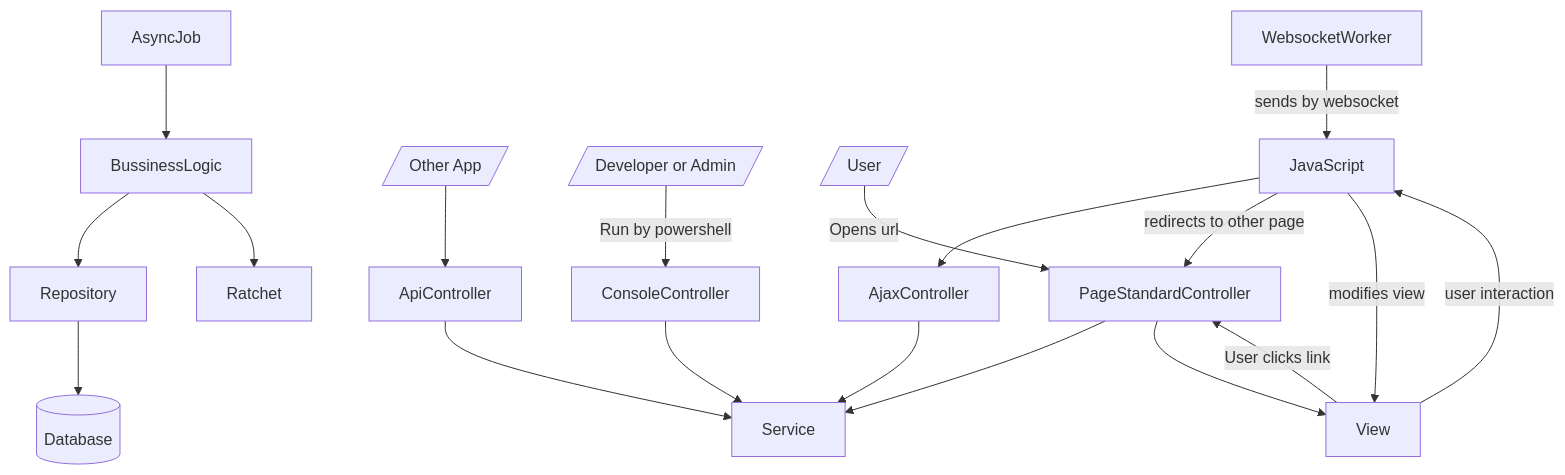
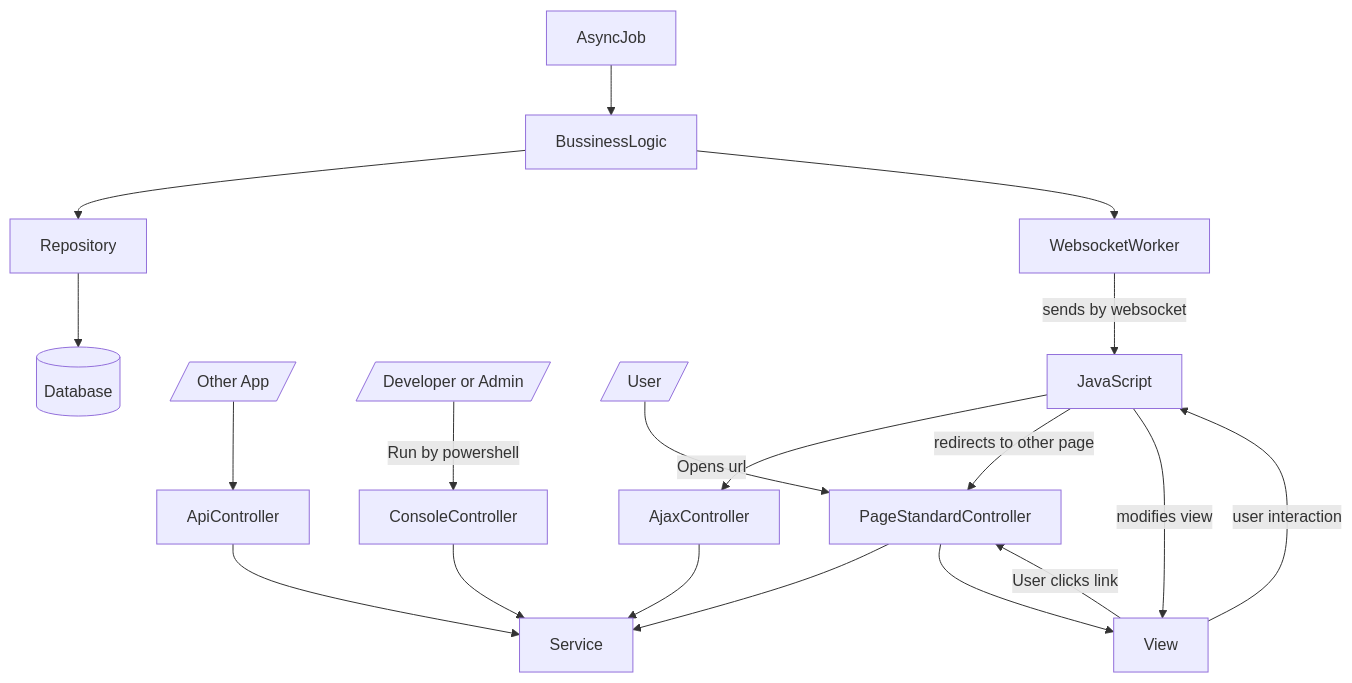
The diagram in Docs/GeneralArchitecture.md (GreenCodeStudio/GreenCodeFramework-Core), drawn with Mermaid before and after one commit. The commit also changed 1 other file, not shown here.

````diff
--- a/Docs/GeneralArchitecture.md
+++ b/Docs/GeneralArchitecture.md
@@ -1,21 +1,21 @@
 ```mermaid
   graph TD;
       JavaScript-->AjaxController;
       JavaScript-->|redirects to other page|PageStandardController;
       other[/Other App/]-->ApiController;
       Dev[/Developer or Admin/]-->|Run by powershell|ConsoleController;
       User[/User/]-->|Opens url|PageStandardController;
       PageStandardController-->Service;
       AjaxController-->Service;
       ApiController-->Service;
       ConsoleController-->Service;
       AsyncJob-->BussinessLogic;
       PageStandardController-->View;
       View-->|User clicks link|PageStandardController;
       View-->|user interaction|JavaScript;
       JavaScript-->|modifies view|View;
       BussinessLogic-->Repository;
-      BussinessLogic-->Ratchet;
+      BussinessLogic-->WebsocketWorker;
       WebsocketWorker-->|sends by websocket|JavaScript;
       Repository-->Database[(Database)];
 ```
````
